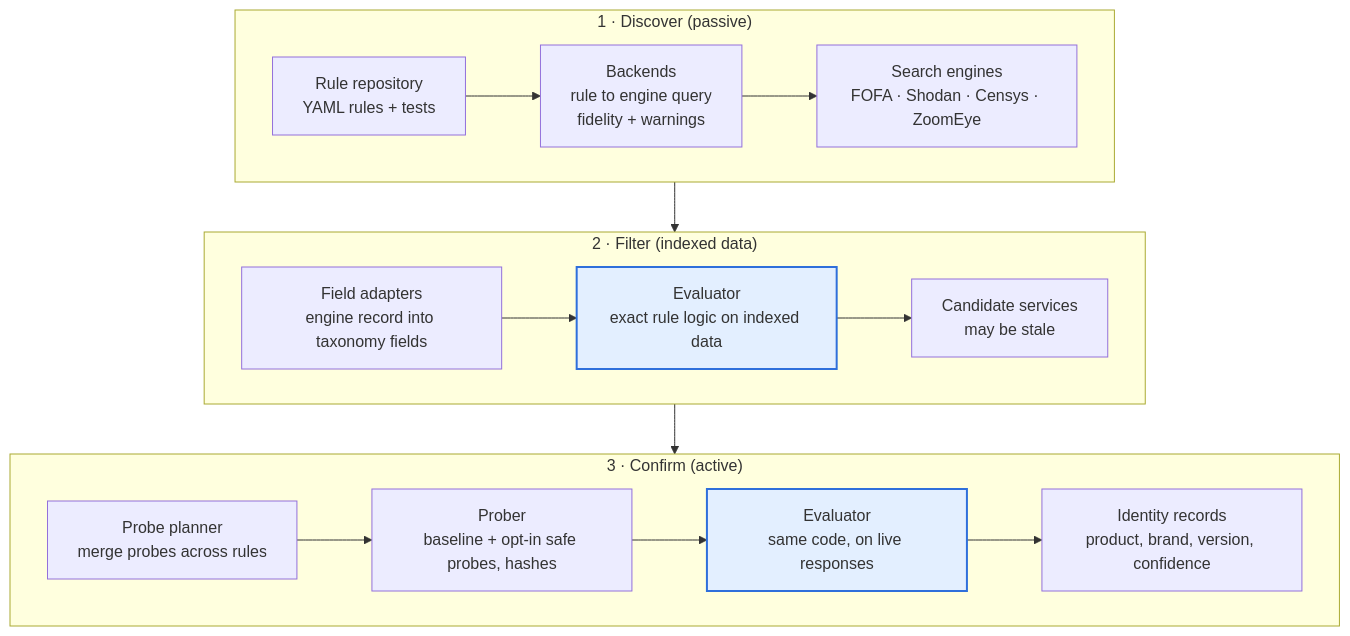
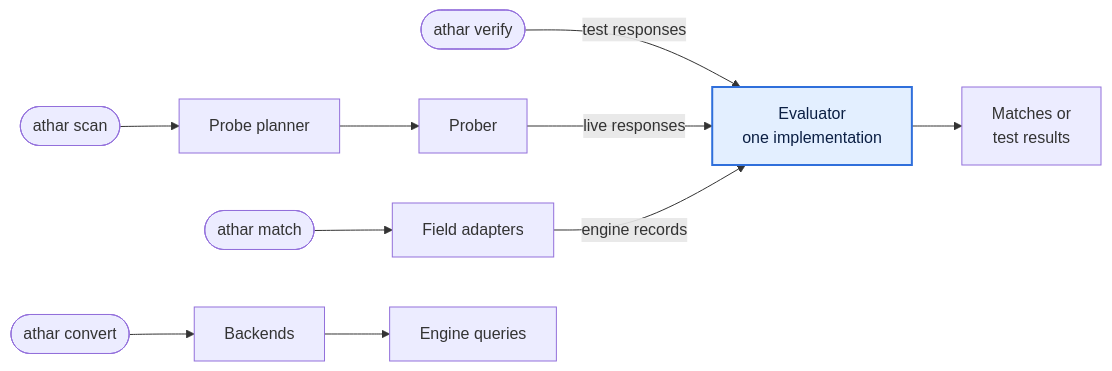
Before and after one commit to Athar-HQ/Athar: the diagram in cli/README.md, drawn with Mermaid. The commit also changed other lines of this file and 3 other files, not shown here.

First line of the commit message:
Show CLI commands as independent and redesign athar scan

````diff
--- a/cli/README.md
+++ b/cli/README.md
@@ -83,19 +100,10 @@
 ```mermaid
-flowchart TB
-  subgraph S1["1 · Discover (passive)"]
-    direction LR
-    R["Rule repository<br/>YAML rules + tests"] --> B["Backends<br/>rule to engine query<br/>fidelity + warnings"] --> E["Search engines<br/>FOFA · Shodan · Censys · ZoomEye"]
-  end
-  subgraph S2["2 · Filter (indexed data)"]
-    direction LR
-    F["Field adapters<br/>engine record into taxonomy fields"] --> V1["Evaluator<br/>exact rule logic on indexed data"] --> C["Candidate services<br/>may be stale"]
-  end
-  subgraph S3["3 · Confirm (active)"]
-    direction LR
-    P["Probe planner<br/>merge probes across rules"] --> PR["Prober<br/>baseline + opt-in safe probes, hashes"] --> V2["Evaluator<br/>same code, on live responses"] --> I["Identity records<br/>product, brand, version, confidence"]
-  end
-  E --> F
-  C --> P
-  classDef eval fill:#e3efff,stroke:#2f6fdb,stroke-width:2px
-  class V1,V2 eval
+flowchart LR
+  V(["athar verify"]) -->|test responses| EV
+  S(["athar scan"]) --> PL["Probe planner"] --> PR["Prober"] -->|live responses| EV
+  M(["athar match"]) --> FA["Field adapters"] -->|engine records| EV
+  C(["athar convert"]) --> BE["Backends"] --> Q["Engine queries"]
+  EV["Evaluator<br/>one implementation"] --> O["Matches or<br/>test results"]
+  classDef eval fill:#e3efff,stroke:#2f6fdb,stroke-width:2px,color:#0b1f44
+  class EV eval
 ```
````
